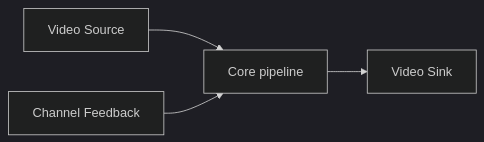
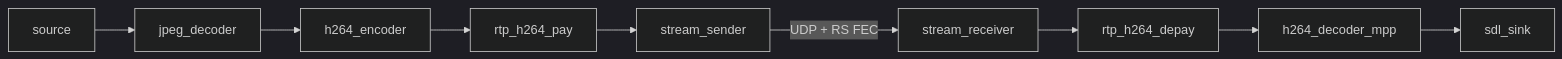
Before and after one commit to FlyingComputer2/vstreamer: the diagram in docs/vstreamer.md, drawn with Mermaid (dark theme). The commit also changed other lines of this file and 7 other files, not shown here.

````diff
--- a/docs/vstreamer.md
+++ b/docs/vstreamer.md
@@ -19,9 +12,6 @@
 ```mermaid
 flowchart LR
-  Src[Video Source]
-  Pipe[Core pipeline]
-  Snk[Video Sink]
-  Fb[Channel Feedback]
-  Src --> Pipe --> Snk
-  Fb --> Pipe
+  src[source] --> jdec[jpeg_decoder] --> enc[h264_encoder] --> pay[rtp_h264_pay] --> snd[stream_sender]
+  snd -- UDP + RS FEC --> rcv[stream_receiver]
+  rcv --> dep[rtp_h264_depay] --> dec[h264_decoder_mpp] --> sdl[sdl_sink]
 ```
````
